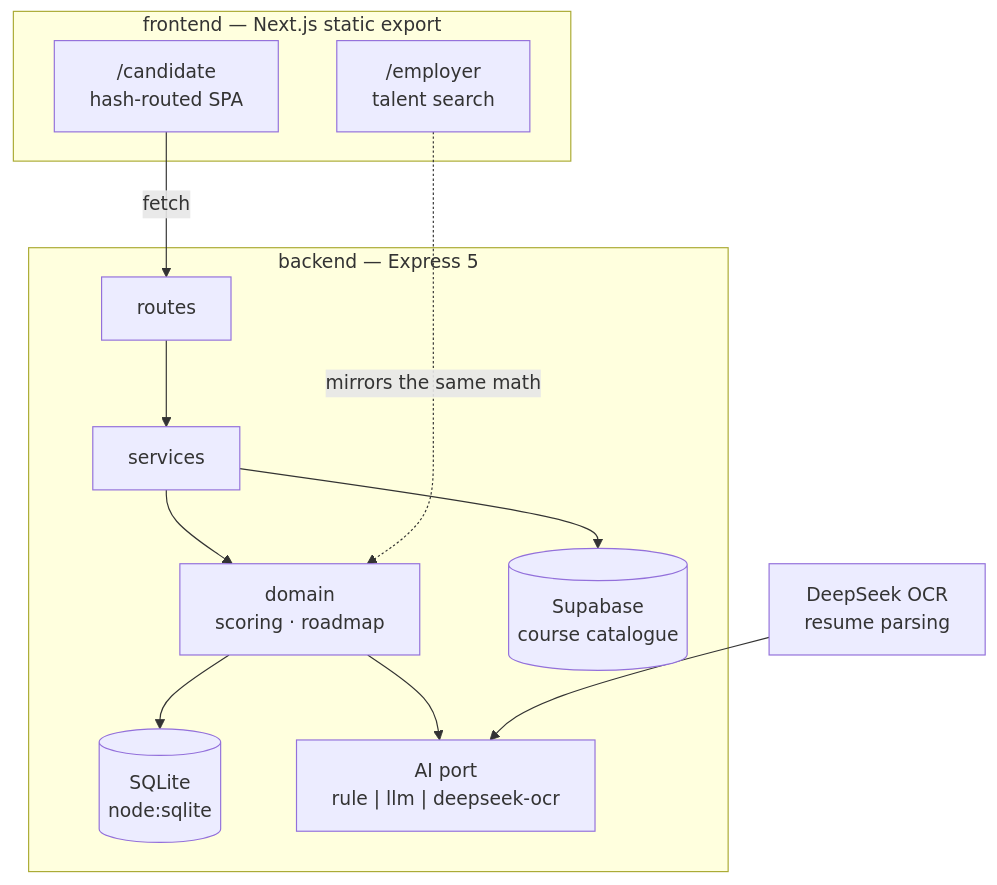
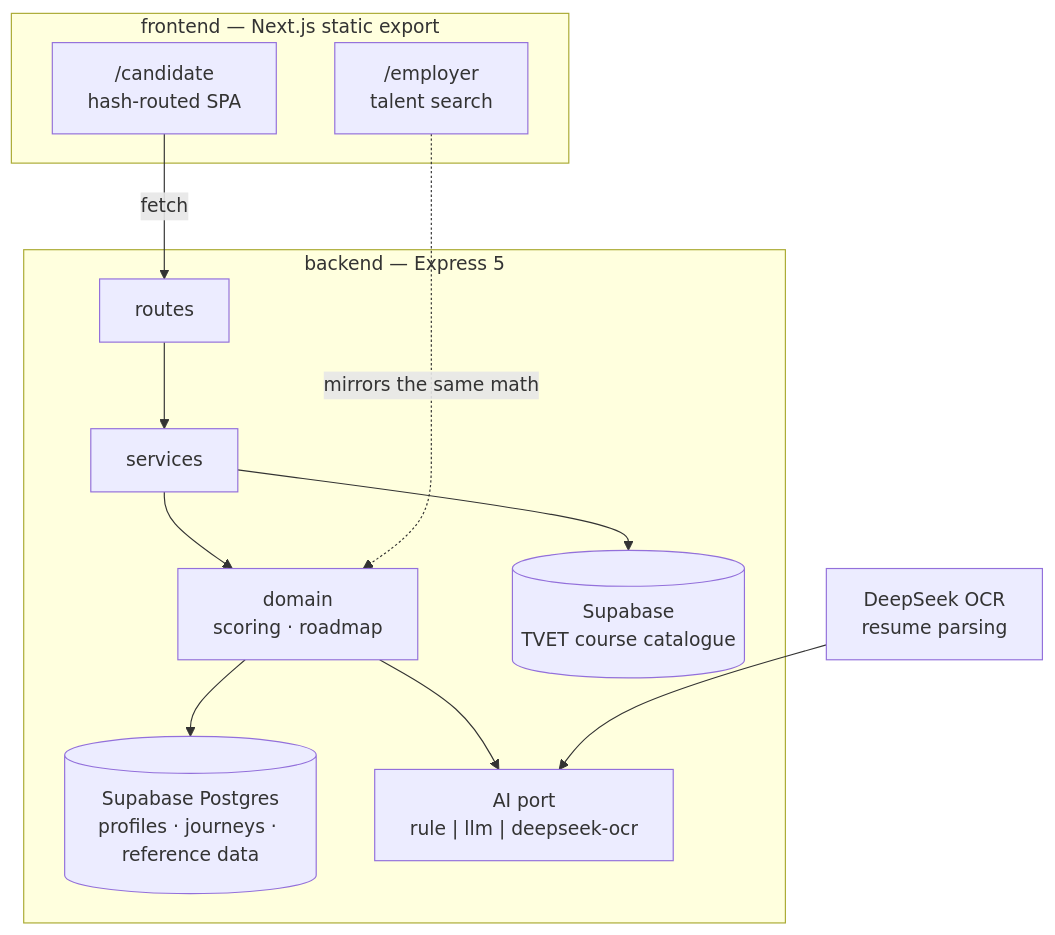
Before and after one commit to mmlee1604-creator/jomworklah: the second of 2 diagrams in README.md, drawn with Mermaid. The commit also changed other lines of this file and 39 other files, not shown here.

````diff
--- a/README.md
+++ b/README.md
@@ -234,16 +234,16 @@
 ```mermaid
 flowchart TB
     subgraph FE["frontend — Next.js static export"]
         C["/candidate<br/>hash-routed SPA"]
         E["/employer<br/>talent search"]
     end
     subgraph BE["backend — Express 5"]
         R["routes"] --> S["services"] --> D["domain<br/>scoring · roadmap"]
-        D --> DB[("SQLite<br/>node:sqlite")]
-        S --> SB[("Supabase<br/>course catalogue")]
+        D --> DB[("Supabase Postgres<br/>profiles · journeys · reference data")]
+        S --> SB[("Supabase<br/>TVET course catalogue")]
         D --> AI["AI port<br/>rule | llm | deepseek-ocr"]
     end
     C -->|fetch| R
     E -.->|mirrors the same math| D
     Q["DeepSeek OCR<br/>resume parsing"] --> AI
 ```
````
